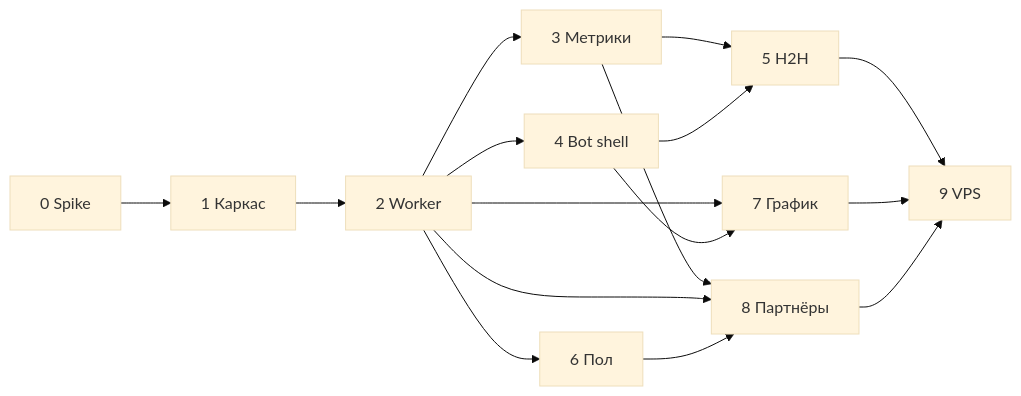
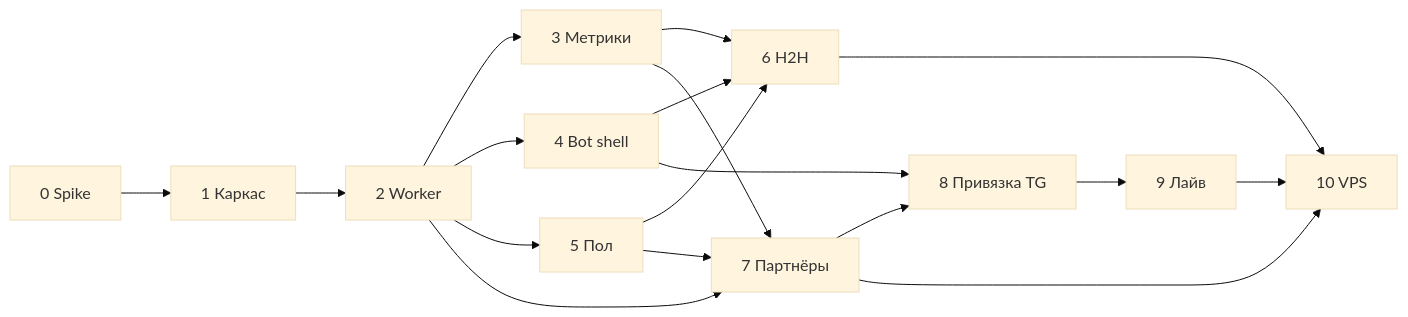
The diagram in docs/PLAN.md (aleksandrlk751/badminton-lab-tg-bot), drawn with Mermaid (base theme) before and after one commit. The commit also changed other lines of this file and 9 other files, not shown here.

First line of the commit message:
docs: перестроить этапы v1 под пол, лайв и привязку до деплоя.

````diff
--- a/docs/PLAN.md
+++ b/docs/PLAN.md
@@ -329,18 +375,20 @@
 ```mermaid
 flowchart LR
   E0[0 Spike] --> E1[1 Каркас]
   E1 --> E2[2 Worker]
   E2 --> E3[3 Метрики]
   E2 --> E4[4 Bot shell]
-  E3 --> E5[5 H2H]
-  E4 --> E5
-  E2 --> E6[6 Пол]
-  E2 --> E7[7 График]
-  E4 --> E7
-  E3 --> E8[8 Партнёры]
-  E2 --> E8
-  E6 --> E8
-  E5 --> E9[9 VPS]
-  E7 --> E9
-  E8 --> E9
+  E2 --> E5[5 Пол]
+  E5 --> E6[6 H2H]
+  E3 --> E6
+  E4 --> E6
+  E3 --> E7[7 Партнёры]
+  E2 --> E7
+  E5 --> E7
+  E4 --> E8[8 Привязка TG]
+  E7 --> E8
+  E8 --> E9[9 Лайв]
+  E6 --> E10[10 VPS]
+  E7 --> E10
+  E9 --> E10
 ```
````
